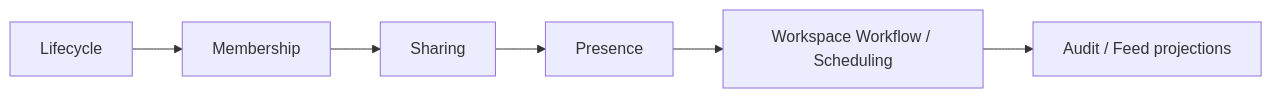
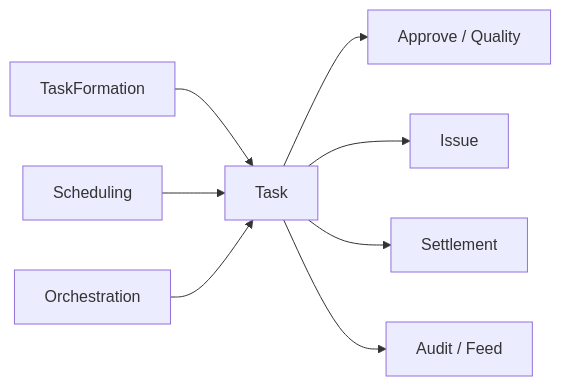
The second of 2 diagrams in docs/contexts/workspace/bounded-contexts.md (122sp7/xuanwu-app), drawn with Mermaid before and after one commit. The commit also changed other lines of this file and 12 other files, not shown here.

````diff
--- a/docs/contexts/workspace/bounded-contexts.md
+++ b/docs/contexts/workspace/bounded-contexts.md
@@ -65,8 +73,10 @@
 ```mermaid
 flowchart LR
-	Lifecycle["Lifecycle"] --> Membership["Membership"]
-	Membership --> Sharing["Sharing"]
-	Sharing --> Presence["Presence"]
-	Presence --> Workflow["Workspace Workflow / Scheduling"]
-	Workflow --> AuditFeed["Audit / Feed projections"]
+	TaskFormation["TaskFormation"] --> Task["Task"]
+	Task --> Approve["Approve / Quality"]
+	Task --> Issue["Issue"]
+	Task --> Settlement["Settlement"]
+	Scheduling["Scheduling"] --> Task
+	Orchestration["Orchestration"] --> Task
+	Task --> AuditFeed["Audit / Feed"]
 ```
````
